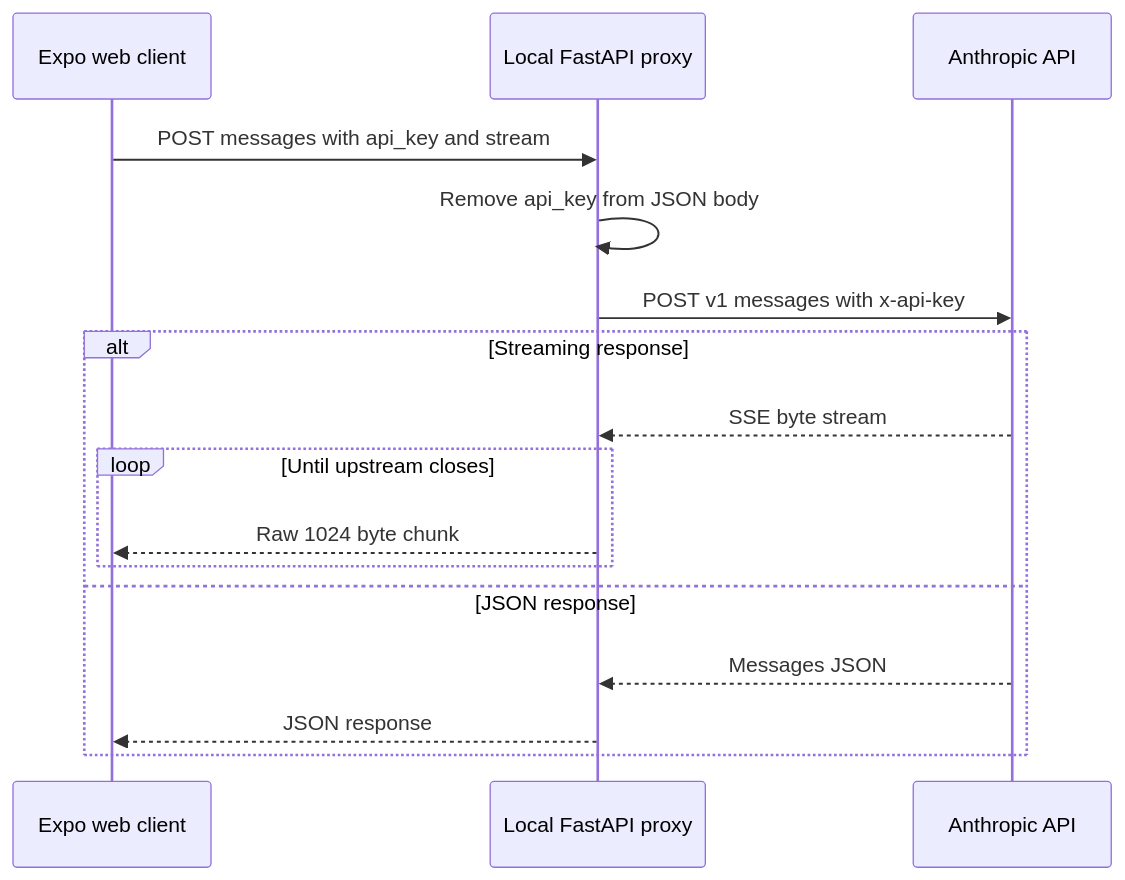
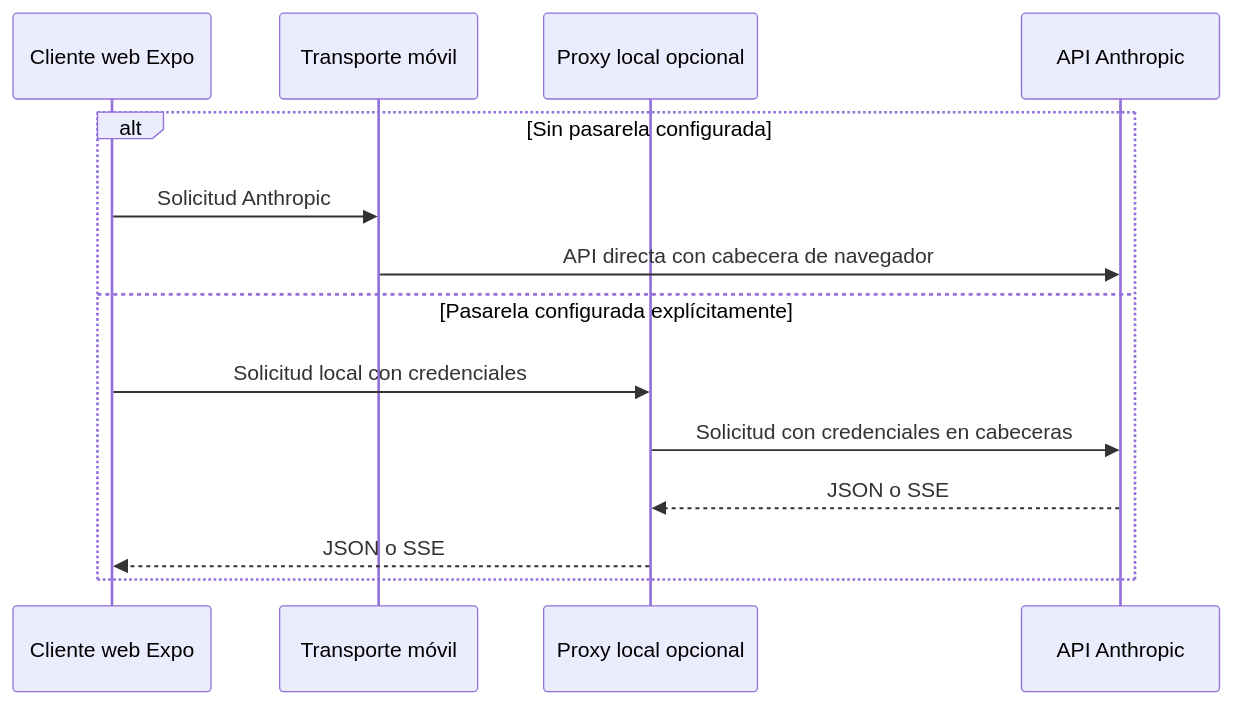
One commit to maximofn/gymnasia changed the diagram in openwiki/services/anthropic-proxy.md. Above: the diagram before and after it, drawn with Mermaid. The commit also changed other lines of this file and 49 other files, not shown here.

````diff
--- a/openwiki/services/anthropic-proxy.md
+++ b/openwiki/services/anthropic-proxy.md
@@ -33,18 +59,16 @@
 ```mermaid
 sequenceDiagram
-    participant Browser as Expo web client
-    participant Proxy as Local FastAPI proxy
-    participant Anthropic as Anthropic API
-    Browser->>Proxy: POST messages with api_key and stream
-    Proxy->>Proxy: Remove api_key from JSON body
-    Proxy->>Anthropic: POST v1 messages with x-api-key
-    alt Streaming response
-        Anthropic-->>Proxy: SSE byte stream
-        loop Until upstream closes
-            Proxy-->>Browser: Raw 1024 byte chunk
-        end
-    else JSON response
-        Anthropic-->>Proxy: Messages JSON
-        Proxy-->>Browser: JSON response
+    participant Browser as Cliente web Expo
+    participant App as Transporte móvil
+    participant Proxy as Proxy local opcional
+    participant Anthropic as API Anthropic
+    alt Sin pasarela configurada
+        Browser->>App: Solicitud Anthropic
+        App->>Anthropic: API directa con cabecera de navegador
+    else Pasarela configurada explícitamente
+        Browser->>Proxy: Solicitud local con credenciales
+        Proxy->>Anthropic: Solicitud con credenciales en cabeceras
+        Anthropic-->>Proxy: JSON o SSE
+        Proxy-->>Browser: JSON o SSE
     end
 ```
````
